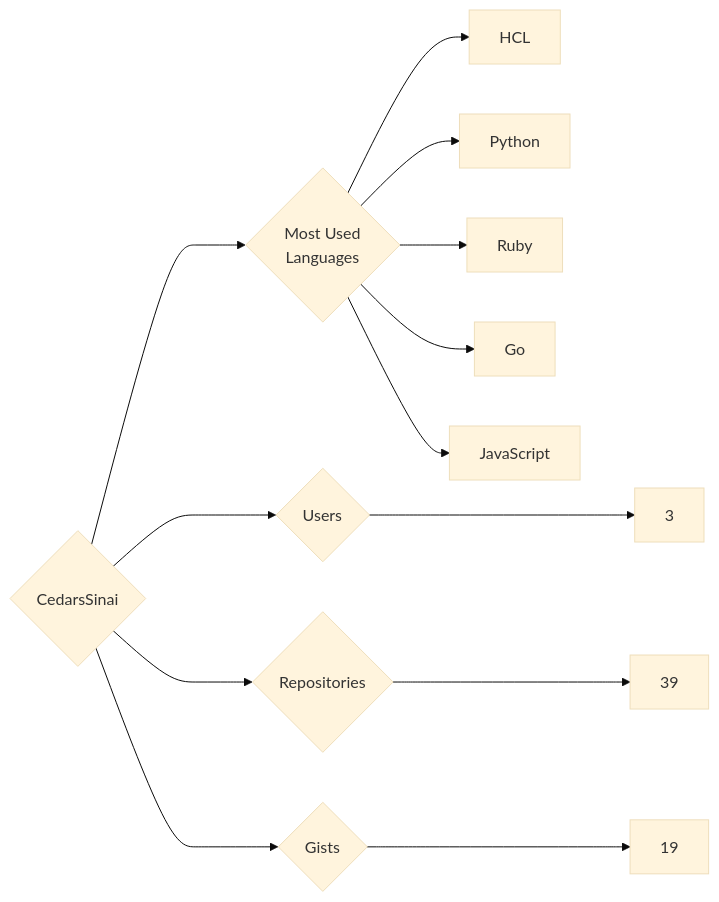
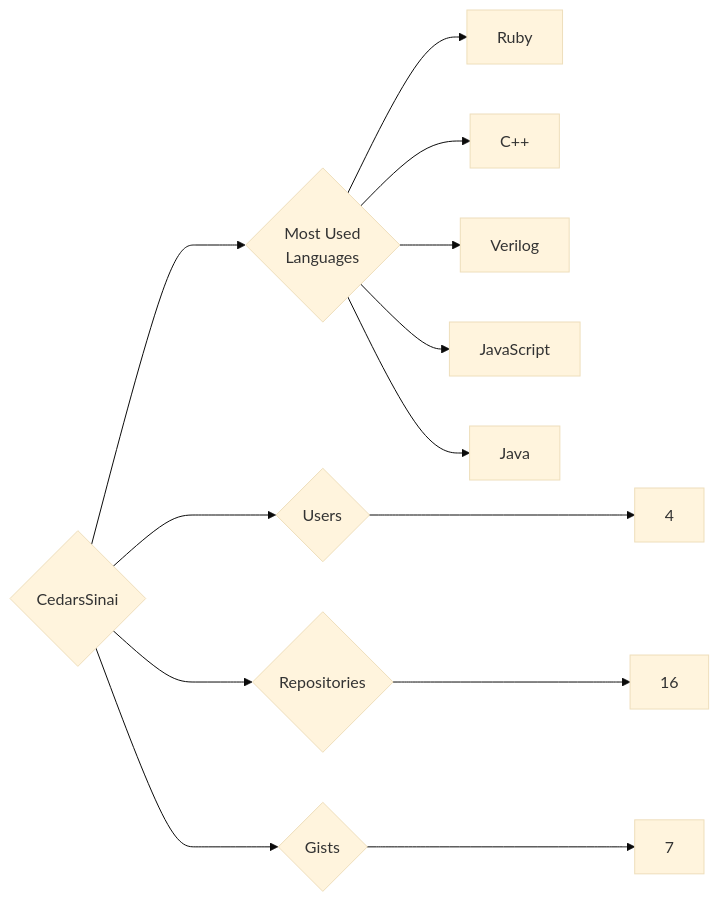
Before and after one commit to trickest/insiders: the diagram in targets/CedarsSinai/README.md, drawn with Mermaid (base theme). The commit also changed 1020 other files, not shown here.

````diff
--- a/targets/CedarsSinai/README.md
+++ b/targets/CedarsSinai/README.md
@@ -3,13 +3,13 @@
 ```mermaid
 graph LR
 COMPANY_NAME{CedarsSinai}
-COMPANY_NAME ---> U{Users} ---> UN[3]
-COMPANY_NAME ---> R{Repositories} ---> RN[39]
-COMPANY_NAME ---> G{Gists} ---> GN[19]
+COMPANY_NAME ---> U{Users} ---> UN[4]
+COMPANY_NAME ---> R{Repositories} ---> RN[16]
+COMPANY_NAME ---> G{Gists} ---> GN[7]
 COMPANY_NAME ---> ML{Most Used<br>Languages}
-ML --> HCL[HCL]
-ML --> Python[Python]
 ML --> Ruby[Ruby]
-ML --> Go[Go]
+ML --> C++[C++]
+ML --> Verilog[Verilog]
 ML --> JavaScript[JavaScript]
+ML --> Java[Java]
 ```
````
